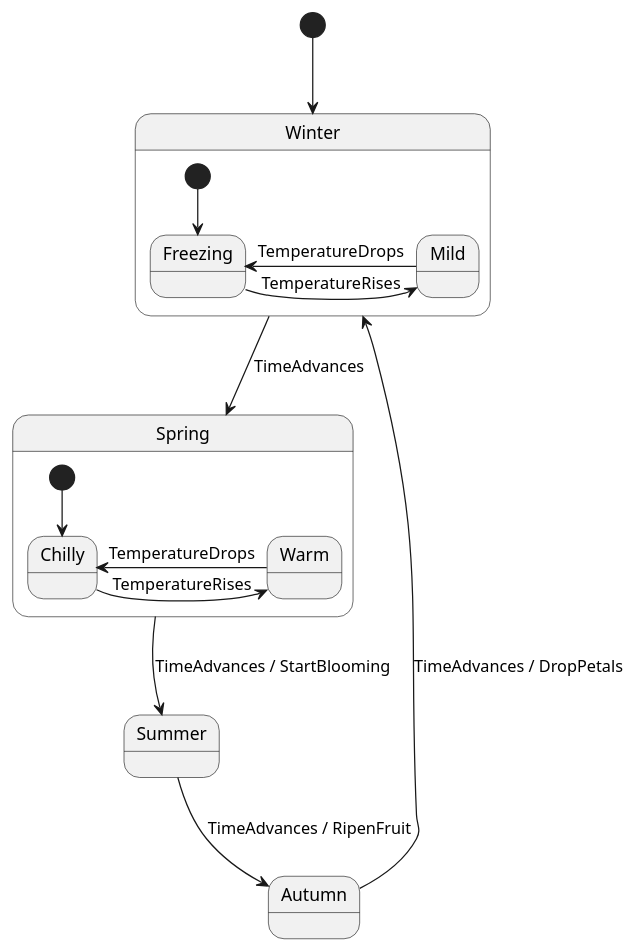
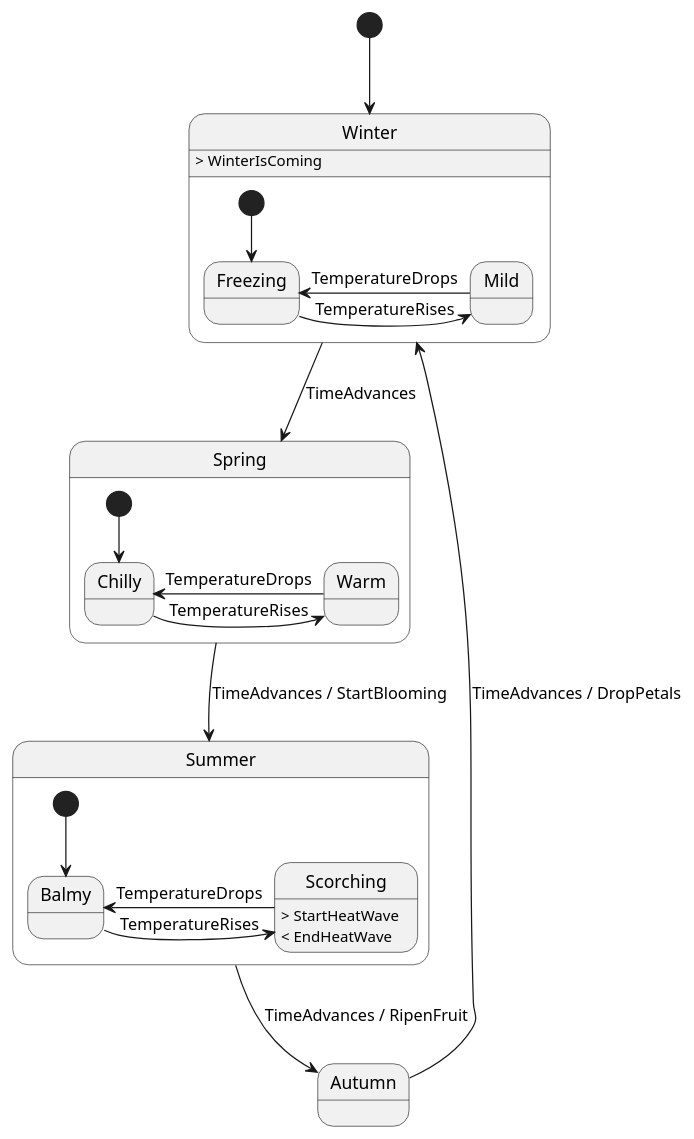
The fourth of 4 diagrams in README.md (TobTheRock/phytofsm), drawn with PlantUML before and after one commit. The commit also changed other lines of this file, not shown here.

````diff
--- a/README.md
+++ b/README.md
@@ -93,28 +131,40 @@
 ```puml
 @startuml PlantFsm
 
 state Winter {
+  Winter: > WinterIsComing
+
   state Freezing
   state Mild
 
   [*] --> Freezing
   Freezing -> Mild: TemperatureRises
   Mild -> Freezing: TemperatureDrops
 }
 
 state Spring {
   state Chilly
   state Warm
   [*] --> Chilly
   Chilly -> Warm: TemperatureRises
   Warm -> Chilly: TemperatureDrops
 }
 
+state Summer {
+  state Balmy
+  state Scorching: > StartHeatWave
+  state Scorching: < EndHeatWave
+
+  [*] --> Balmy
+  Balmy -> Scorching: TemperatureRises
+  Scorching -> Balmy: TemperatureDrops
+}
+
 [*] --> Winter
 Winter --> Spring : TimeAdvances
 Spring --> Summer : TimeAdvances / StartBlooming
 Summer --> Autumn : TimeAdvances / RipenFruit
 Autumn --> Winter : TimeAdvances / DropPetals
 
 @enduml
 ```
````
